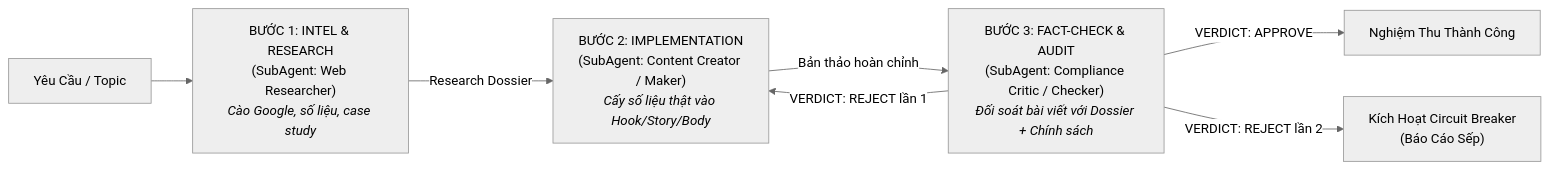
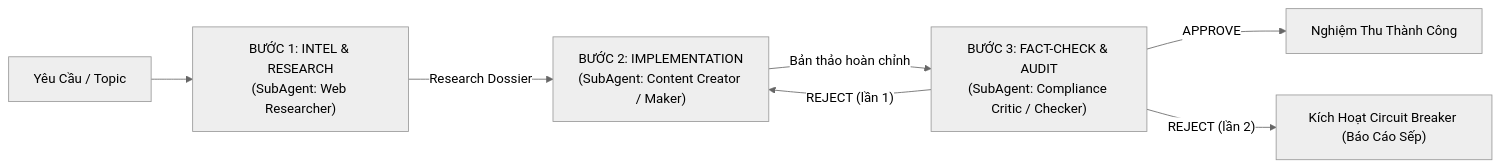
One commit to sumita-dev/Antigravity-Harness-HuB changed the diagram in GEMINI.md. Above: the diagram before and after it, drawn with Mermaid (neutral theme). The commit also changed other lines of this file and 11 other files, not shown here.

````diff
--- a/GEMINI.md
+++ b/GEMINI.md
@@ -87,9 +79,9 @@
 ```mermaid
 flowchart LR
-    A["Yêu Cầu / Topic"] --> B["BƯỚC 1: INTEL & RESEARCH<br/>(SubAgent: Web Researcher)<br/><i>Cào Google, số liệu, case study</i>"]
-    B -->|"Research Dossier"| C["BƯỚC 2: IMPLEMENTATION<br/>(SubAgent: Content Creator / Maker)<br/><i>Cấy số liệu thật vào Hook/Story/Body</i>"]
-    C -->|"Bản thảo hoàn chỉnh"| D["BƯỚC 3: FACT-CHECK & AUDIT<br/>(SubAgent: Compliance Critic / Checker)<br/><i>Đối soát bài viết với Dossier + Chính sách</i>"]
-    D -->|"VERDICT: APPROVE"| E["Nghiệm Thu Thành Công"]
-    D -->|"VERDICT: REJECT lần 1"| C
-    D -->|"VERDICT: REJECT lần 2"| F["Kích Hoạt Circuit Breaker<br/>(Báo Cáo Sếp)"]
+    A["Yêu Cầu / Topic"] --> B["BƯỚC 1: INTEL & RESEARCH<br/>(SubAgent: Web Researcher)"]
+    B -->|"Research Dossier"| C["BƯỚC 2: IMPLEMENTATION<br/>(SubAgent: Content Creator / Maker)"]
+    C -->|"Bản thảo hoàn chỉnh"| D["BƯỚC 3: FACT-CHECK & AUDIT<br/>(SubAgent: Compliance Critic / Checker)"]
+    D -->|"APPROVE"| E["Nghiệm Thu Thành Công"]
+    D -->|"REJECT (lần 1)"| C
+    D -->|"REJECT (lần 2)"| F["Kích Hoạt Circuit Breaker (Báo Cáo Sếp)"]
 ```
````
